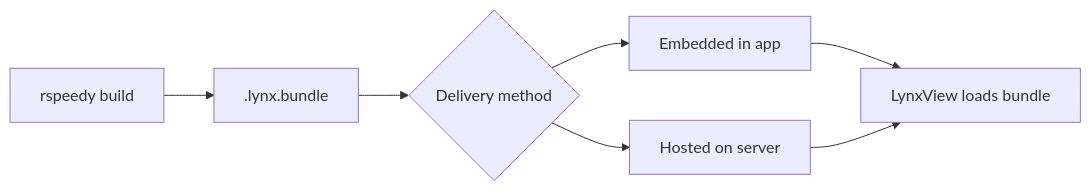
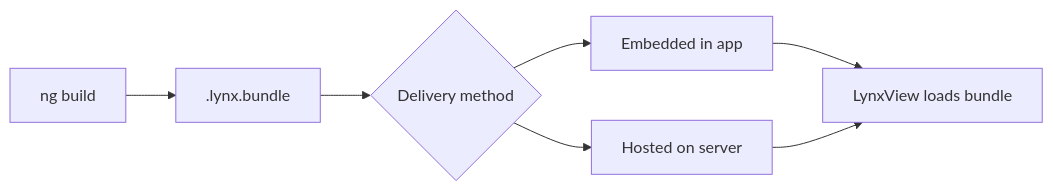
One commit to Blotch-Smart-Frames/AngularLynx changed the diagram in packages/website/docs/guide/building-for-production.mdx. Above: the diagram before and after it, drawn with Mermaid. The commit also changed other lines of this file and 113 other files, not shown here.

````diff
--- a/packages/website/docs/guide/building-for-production.mdx
+++ b/packages/website/docs/guide/building-for-production.mdx
@@ -44,9 +133,9 @@
 ```mermaid
 flowchart LR
-    A[rspeedy build] --> B[".lynx.bundle"]
+    A[ng build] --> B[".lynx.bundle"]
     B --> C{Delivery method}
     C --> D[Embedded in app]
     C --> E[Hosted on server]
     D --> F[LynxView loads bundle]
     E --> F
 ```
````
